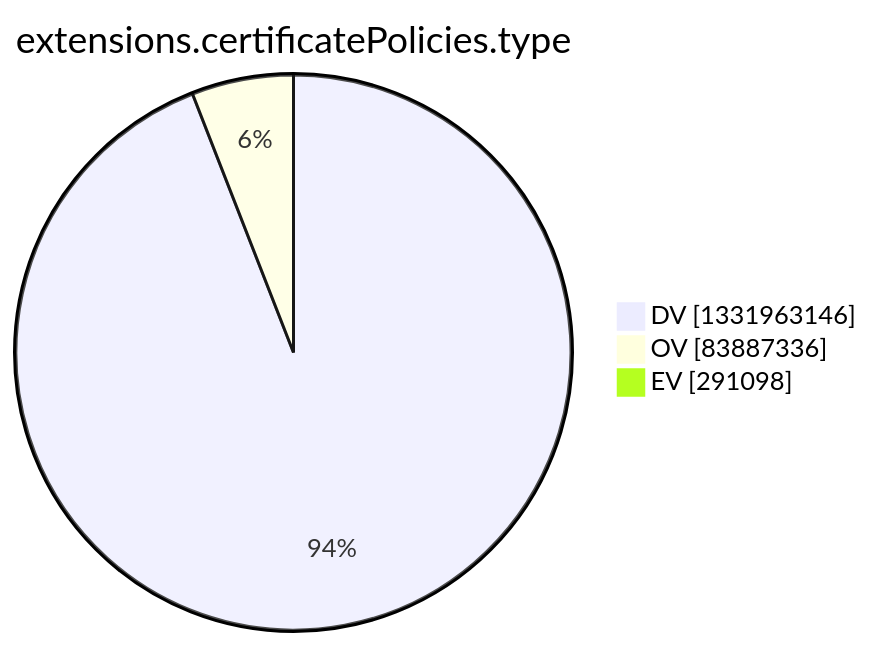
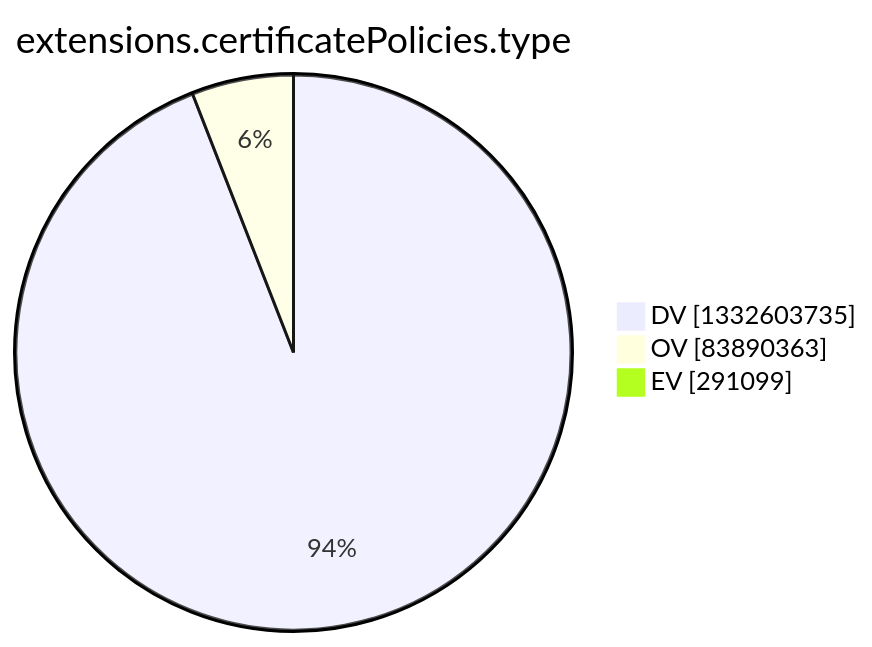
The tenth of 15 diagrams in argon2022/README.md (christiankrug/ctmonitor_visualization), drawn with Mermaid before and after one commit. The commit also changed other lines of this file, not shown here.

````diff
--- a/argon2022/README.md
+++ b/argon2022/README.md
@@ -2773,7 +2773,7 @@
 ```mermaid
 pie showData
 title extensions.certificatePolicies.type
-"DV" :1331963146
-"OV" :83887336
-"EV" :291098
+"DV" :1332603735
+"OV" :83890363
+"EV" :291099
 ```
````
